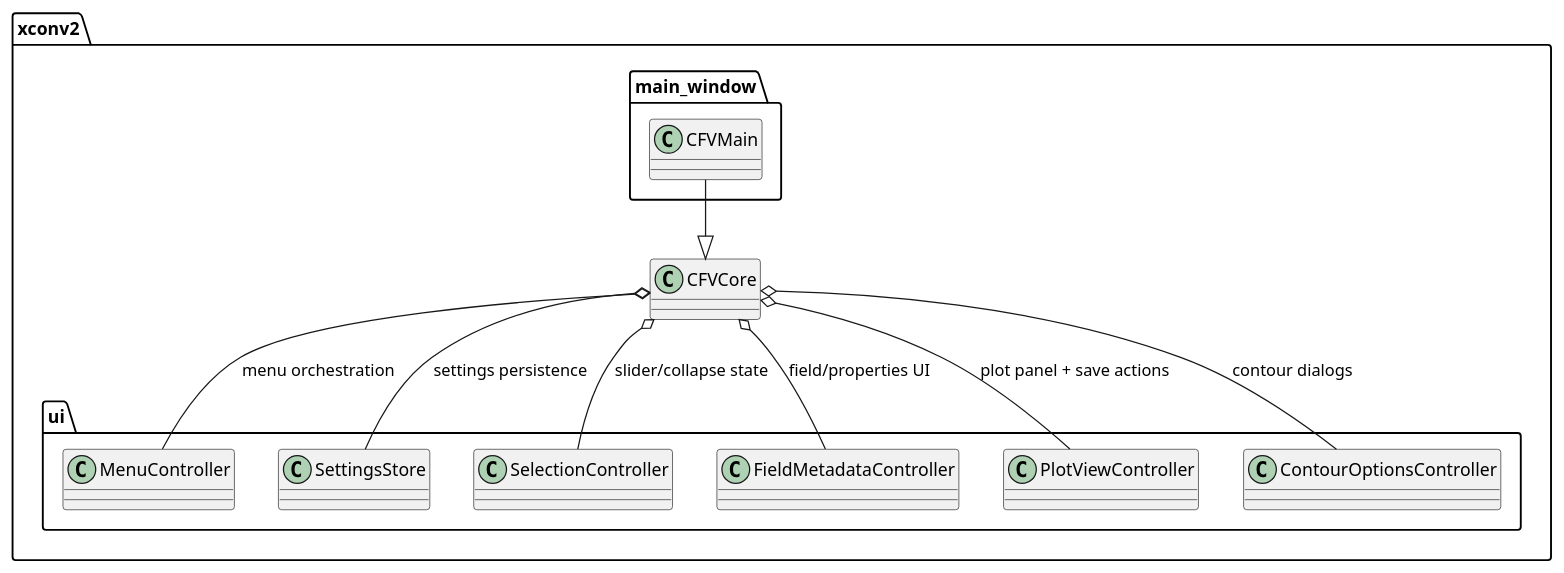
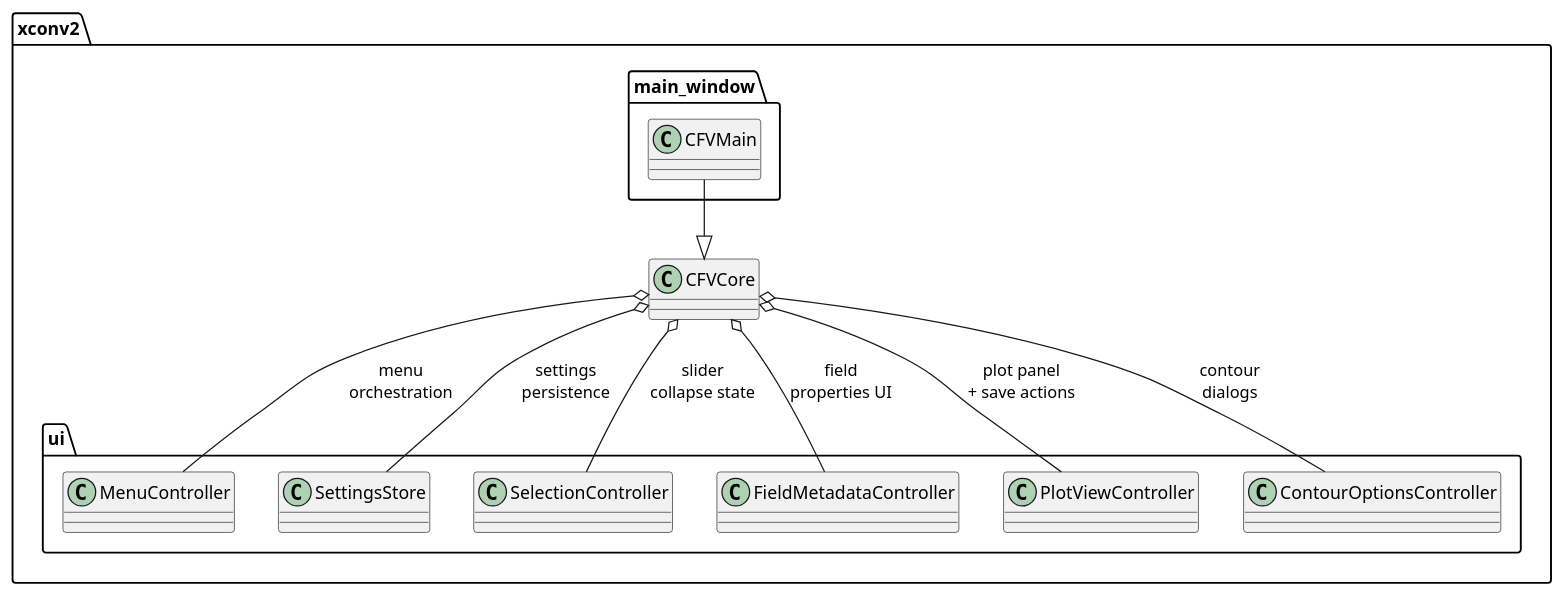
One commit to NCAS-CMS/xconv2 changed the diagram in docs/uml/core_window_phase3.puml. Above: the diagram before and after it, drawn with PlantUML. The commit also changed other lines of this file and 4 other files, not shown here.

```diff
--- a/docs/uml/core_window_phase3.puml
+++ b/docs/uml/core_window_phase3.puml
@@ -1,28 +1,28 @@
 @startuml CoreWindowPhase3Class
 skinparam classAttributeIconSize 0
 
 package "xconv2" {
   class CFVCore
 }
 
 package "xconv2.main_window" {
   class CFVMain
 }
 
 package "xconv2.ui" {
   class MenuController
   class SettingsStore
   class SelectionController
   class FieldMetadataController
   class PlotViewController
   class ContourOptionsController
 }
 
 CFVMain --|> CFVCore
-CFVCore o-- MenuController : menu orchestration
-CFVCore o-- SettingsStore : settings persistence
-CFVCore o-- SelectionController : slider/collapse state
-CFVCore o-- FieldMetadataController : field/properties UI
-CFVCore o-- PlotViewController : plot panel + save actions
-CFVCore o-- ContourOptionsController : contour dialogs
+CFVCore o-- MenuController : menu\norchestration
+CFVCore o-- SettingsStore : settings\npersistence
+CFVCore o-- SelectionController : slider\ncollapse state
+CFVCore o-- FieldMetadataController : field\nproperties UI
+CFVCore o-- PlotViewController : plot panel\n+ save actions
+CFVCore o-- ContourOptionsController : contour\ndialogs
 @enduml
```
